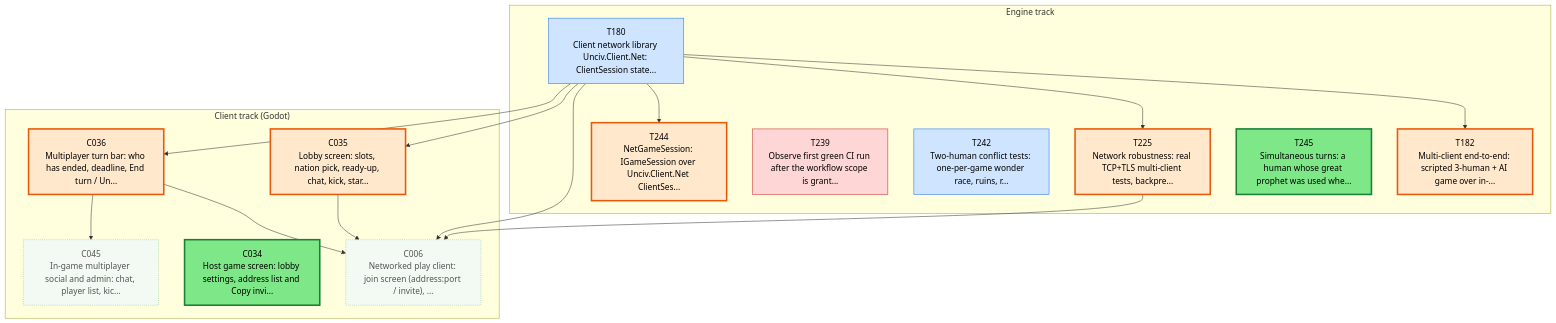
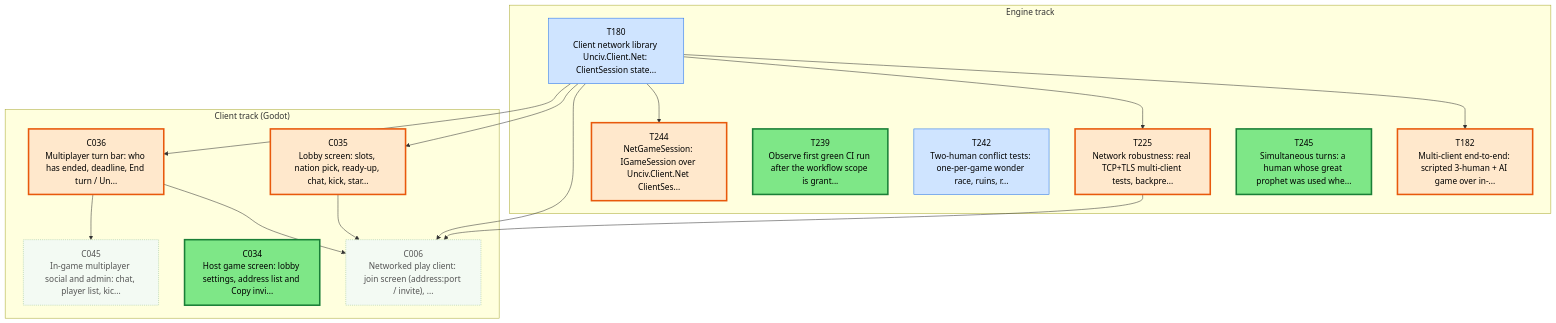
The first of 3 diagrams in csharp/migration/DEPENDENCY_MAP.md (Kenmura/Unciv), drawn with Mermaid before and after one commit. The commit also changed other lines of this file and 1 other file, not shown here.

````diff
--- a/csharp/migration/DEPENDENCY_MAP.md
+++ b/csharp/migration/DEPENDENCY_MAP.md
@@ -24,48 +24,48 @@
 ```mermaid
 flowchart TD
   subgraph TTRACK["Engine track"]
     T180["T180<br/>Client network library Unciv.Client.Net: ClientSession state..."]
     T182["T182<br/>Multi-client end-to-end: scripted 3-human + AI game over in-..."]
     T225["T225<br/>Network robustness: real TCP+TLS multi-client tests, backpre..."]
     T239["T239<br/>Observe first green CI run after the workflow scope is grant..."]
     T242["T242<br/>Two-human conflict tests: one-per-game wonder race, ruins, r..."]
     T244["T244<br/>NetGameSession: IGameSession over Unciv.Client.Net ClientSes..."]
     T245["T245<br/>Simultaneous turns: a human whose great prophet was used whe..."]
   end
   subgraph CTRACK["Client track (Godot)"]
     C006["C006<br/>Networked play client: join screen (address:port / invite), ..."]
     C034["C034<br/>Host game screen: lobby settings, address list and Copy invi..."]
     C035["C035<br/>Lobby screen: slots, nation pick, ready-up, chat, kick, star..."]
     C036["C036<br/>Multiplayer turn bar: who has ended, deadline, End turn / Un..."]
     C045["C045<br/>In-game multiplayer social and admin: chat, player list, kic..."]
   end
   T180 --> T182
   T180 --> T225
   T180 --> T244
   T180 --> C006
   C035 --> C006
   C036 --> C006
   T225 --> C006
   T180 --> C035
   T180 --> C036
   C036 --> C045
   classDef waiting fill:#f3faf3,stroke:#9bc49b,color:#555,stroke-dasharray:2 2
   classDef ondeck fill:#ffe8cc,stroke:#e8590c,stroke-width:3px,color:#000
   classDef ready fill:#7ee787,stroke:#1a7f37,stroke-width:3px,color:#000
   classDef prog fill:#fff3b0,stroke:#b58900,color:#000
   classDef review fill:#cfe4ff,stroke:#1f6feb,color:#000
   classDef blocked fill:#ffd6d6,stroke:#c62828,color:#000
   classDef done fill:#eeeeee,stroke:#999999,color:#666,stroke-dasharray:4 3
   class C006 waiting
   class C034 ready
   class C035 ondeck
   class C036 ondeck
   class C045 waiting
   class T180 review
   class T182 ondeck
   class T225 ondeck
-  class T239 blocked
+  class T239 ready
   class T242 review
   class T244 ondeck
   class T245 ready
 ```
````
